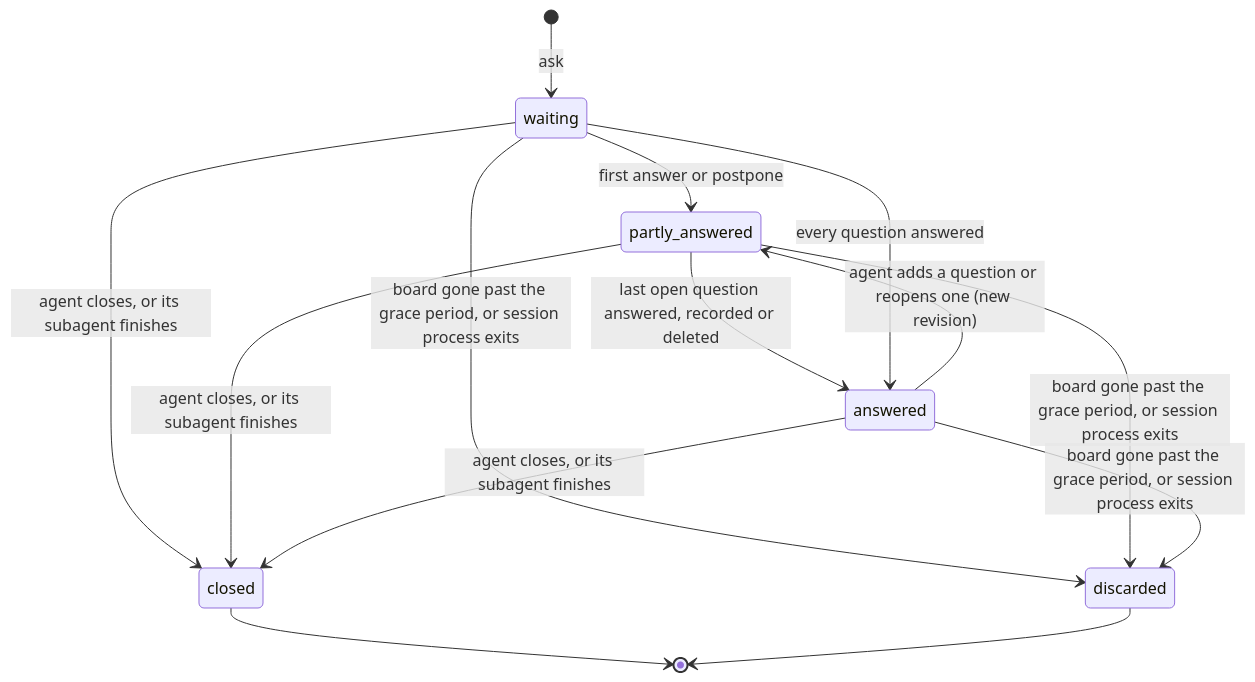
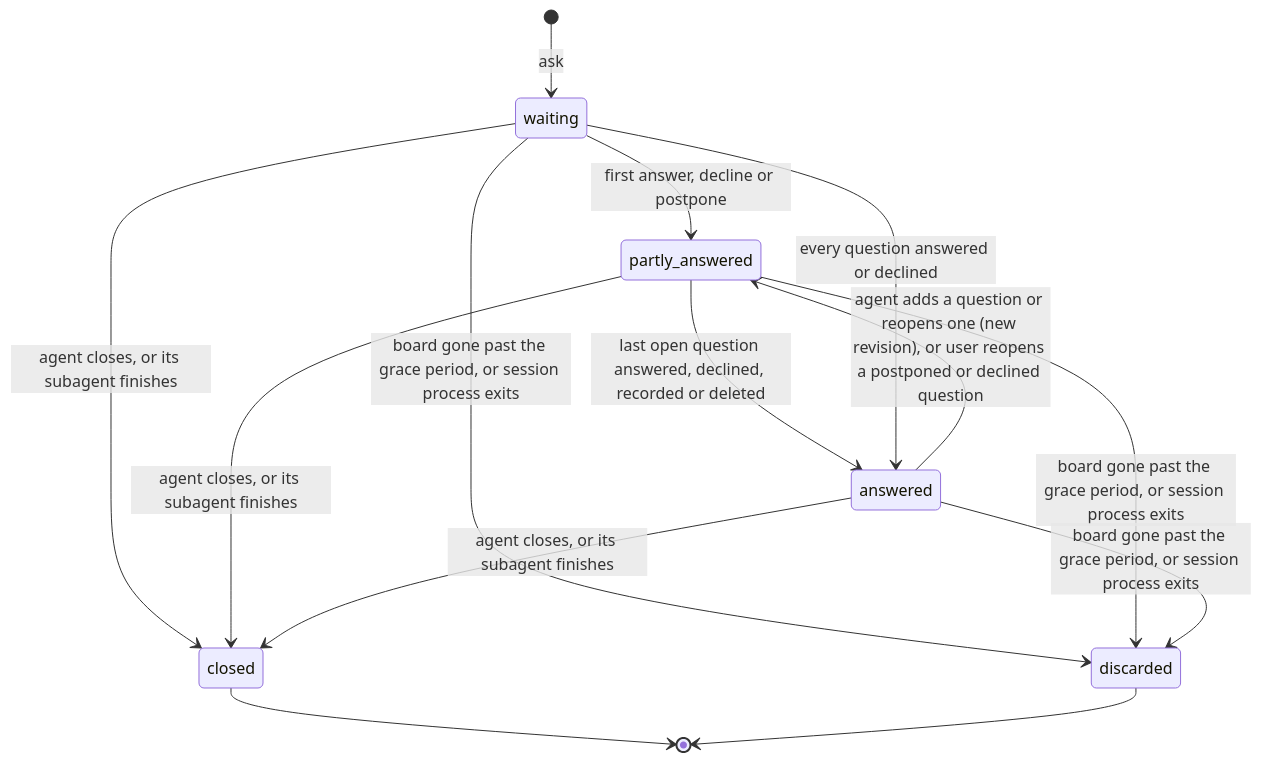
Before and after one commit to MrBogomips/askboard: the fourth of 5 diagrams in docs/architecture-askboard-2026-10-27/ARCHITECTURE-SPINE.md, drawn with Mermaid. The commit also changed other lines of this file and 11 other files, not shown here.

First line of the commit message:
docs: apply the architecture and UX change requests to the design documents

````diff
--- a/docs/architecture-askboard-2026-10-27/ARCHITECTURE-SPINE.md
+++ b/docs/architecture-askboard-2026-10-27/ARCHITECTURE-SPINE.md
@@ -645,16 +679,16 @@
 ```mermaid
 stateDiagram-v2
   [*] --> waiting: ask
-  waiting --> partly_answered: first answer or postpone
-  partly_answered --> answered: last open question answered, recorded or deleted
-  waiting --> answered: every question answered
-  answered --> partly_answered: agent adds a question or reopens one (new revision)
+  waiting --> partly_answered: first answer, decline or postpone
+  partly_answered --> answered: last open question answered, declined, recorded or deleted
+  waiting --> answered: every question answered or declined
+  answered --> partly_answered: agent adds a question or reopens one (new revision), or user reopens a postponed or declined question
   waiting --> closed: agent closes, or its subagent finishes
   partly_answered --> closed: agent closes, or its subagent finishes
   answered --> closed: agent closes, or its subagent finishes
   waiting --> discarded: board gone past the grace period, or session process exits
   partly_answered --> discarded: board gone past the grace period, or session process exits
   answered --> discarded: board gone past the grace period, or session process exits
   closed --> [*]
   discarded --> [*]
 ```
````
